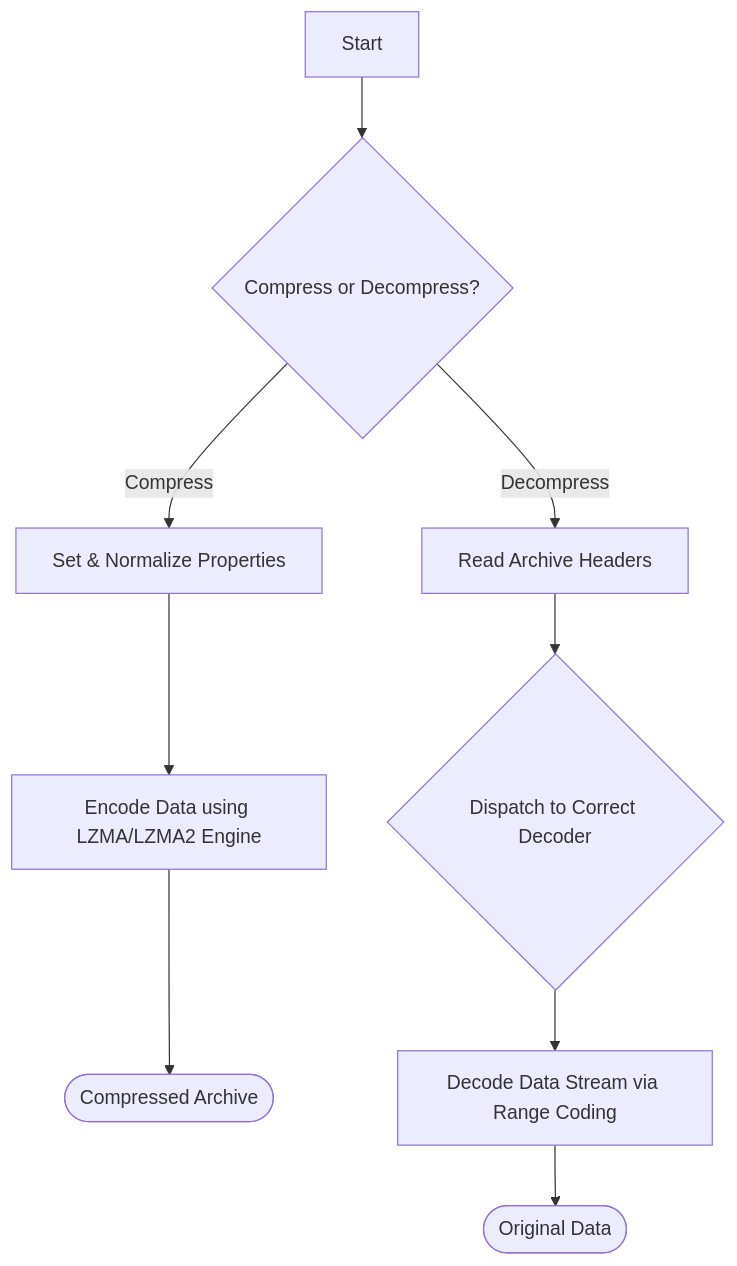
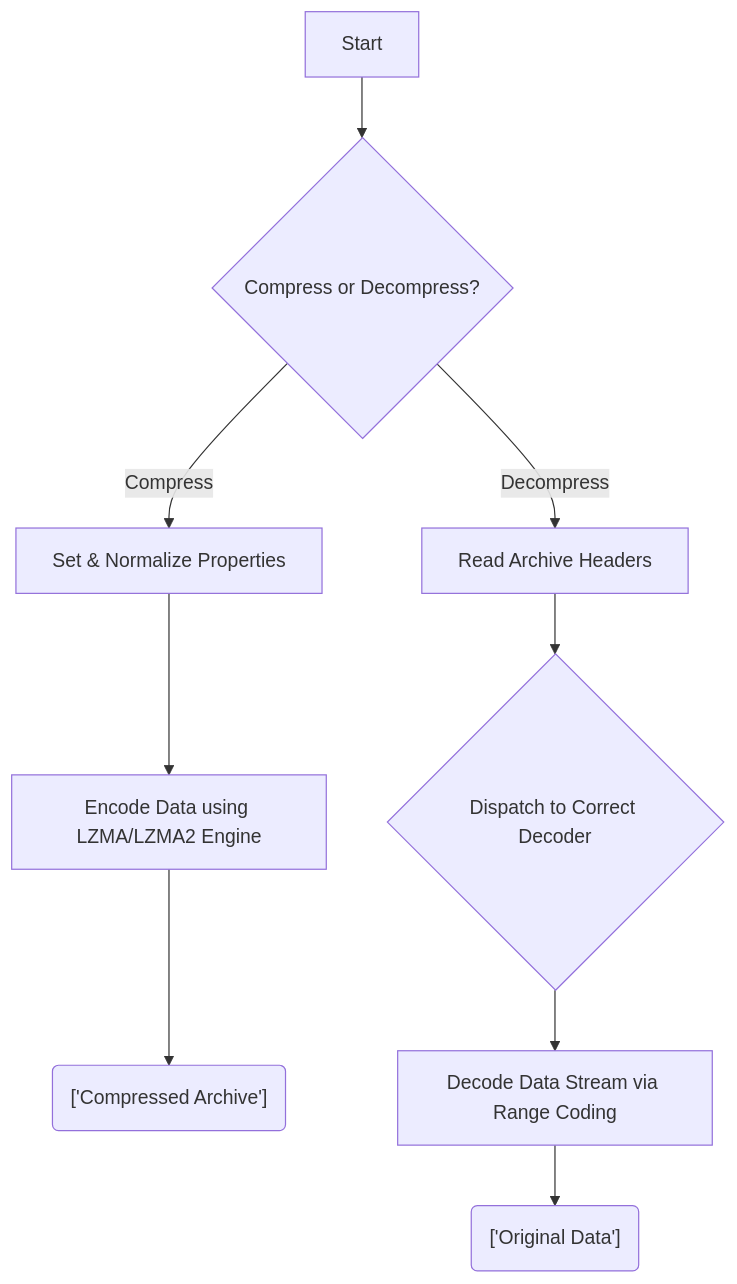
Before and after one commit to selvatuple/7zip: the second of 5 diagrams in revibe-analysis/business-logic.md, drawn with Mermaid. The commit also changed other lines of this file and 2 other files, not shown here.

````diff
--- a/revibe-analysis/business-logic.md
+++ b/revibe-analysis/business-logic.md
@@ -41,11 +41,11 @@
 ```mermaid
 flowchart TD
-A["Start"] --> B{"Compress or Decompress?"}
-B --> |Compress| C["Set & Normalize Properties"]
-C --> D["Encode Data using LZMA/LZMA2 Engine"]
-D --> E(["Compressed Archive"])
-B --> |Decompress| F["Read Archive Headers"]
-F --> G{"Dispatch to Correct Decoder"}
-G --> H["Decode Data Stream via Range Coding"]
-H --> I(["Original Data"])
+A["Start"]  -->  B{"Compress or Decompress?"}
+B  --> |Compress| C["Set & Normalize Properties"]
+C  -->  D["Encode Data using LZMA/LZMA2 Engine"]
+D  -->  E("['Compressed Archive']")
+B  --> |Decompress| F["Read Archive Headers"]
+F  -->  G{"Dispatch to Correct Decoder"}
+G  -->  H["Decode Data Stream via Range Coding"]
+H  -->  I("['Original Data']")
 ```
````
